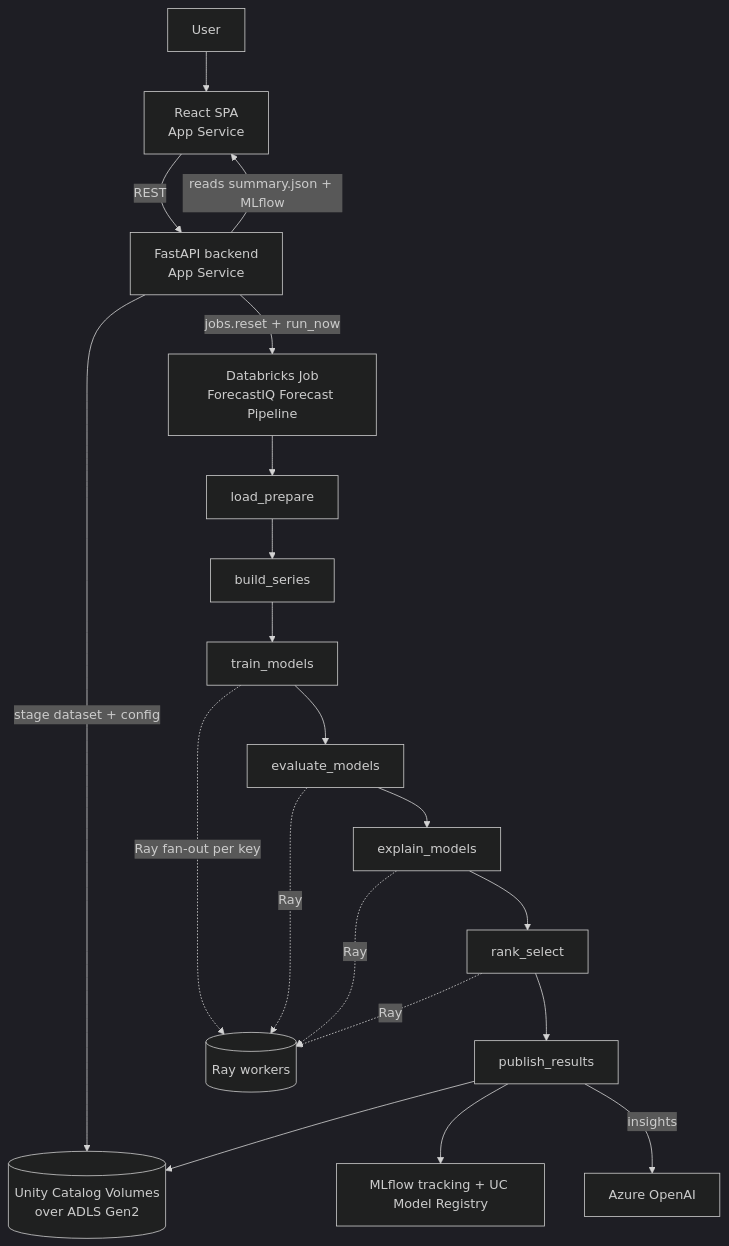
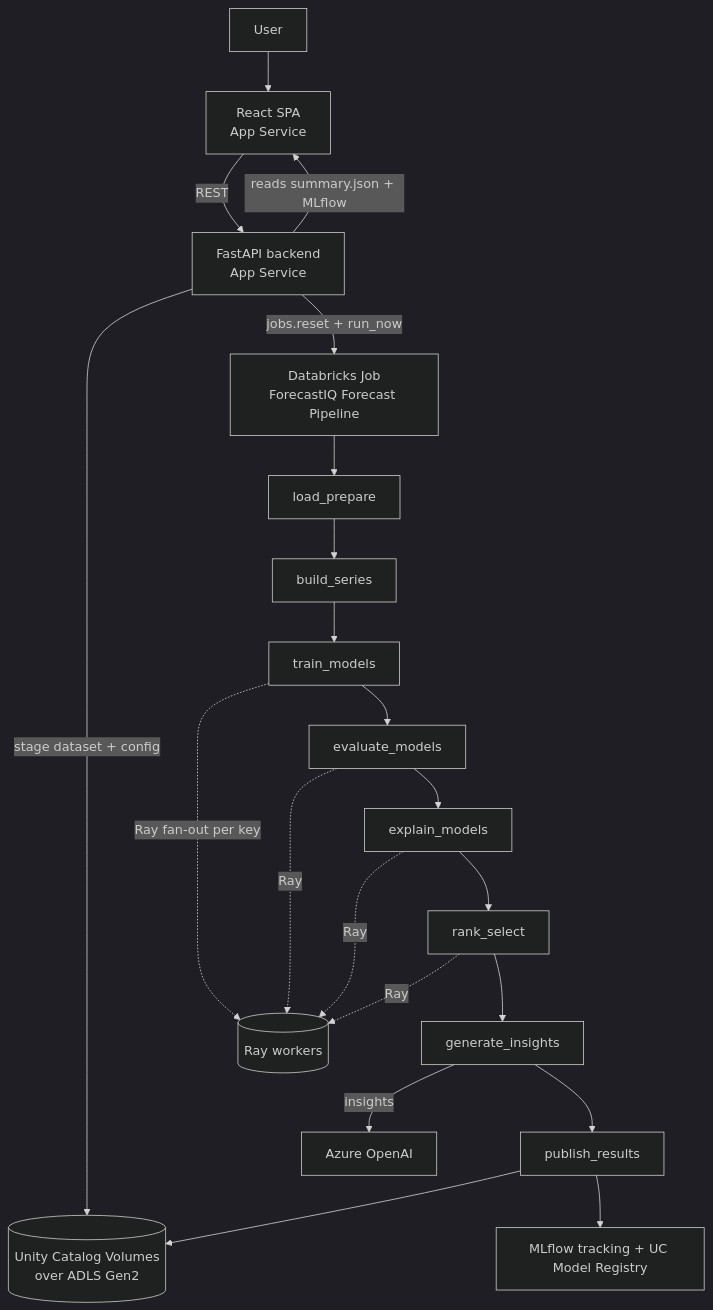
The diagram in memorization.md (Avinash3003/Intelligent_forecaste_model_selection_and_validation_platform), drawn with Mermaid (dark theme) before and after one commit. The commit also changed other lines of this file and 15 other files, not shown here.

````diff
--- a/memorization.md
+++ b/memorization.md
@@ -53,17 +53,18 @@
 ```mermaid
 flowchart TB
   U[User] --> FE[React SPA<br/>App Service]
   FE -->|REST| BE[FastAPI backend<br/>App Service]
   BE -->|stage dataset + config| UC[(Unity Catalog Volumes<br/>over ADLS Gen2)]
   BE -->|jobs.reset + run_now| JOB[Databricks Job<br/>ForecastIQ Forecast Pipeline]
   JOB --> T1[load_prepare] --> T2[build_series] --> T3[train_models]
-  T3 --> T4[evaluate_models] --> T5[explain_models] --> T6[rank_select] --> T7[publish_results]
+  T3 --> T4[evaluate_models] --> T5[explain_models] --> T6[rank_select]
+  T6 --> T7[generate_insights] --> T8[publish_results]
   T3 -. Ray fan-out per key .-> RAY[(Ray workers)]
   T4 -. Ray .-> RAY
   T5 -. Ray .-> RAY
   T6 -. Ray .-> RAY
-  T7 --> MLF[MLflow tracking + UC Model Registry]
-  T7 --> UC
+  T8 --> MLF[MLflow tracking + UC Model Registry]
+  T8 --> UC
   BE -->|reads summary.json + MLflow| FE
   T7 -->|insights| AOAI[Azure OpenAI]
 ```
````
